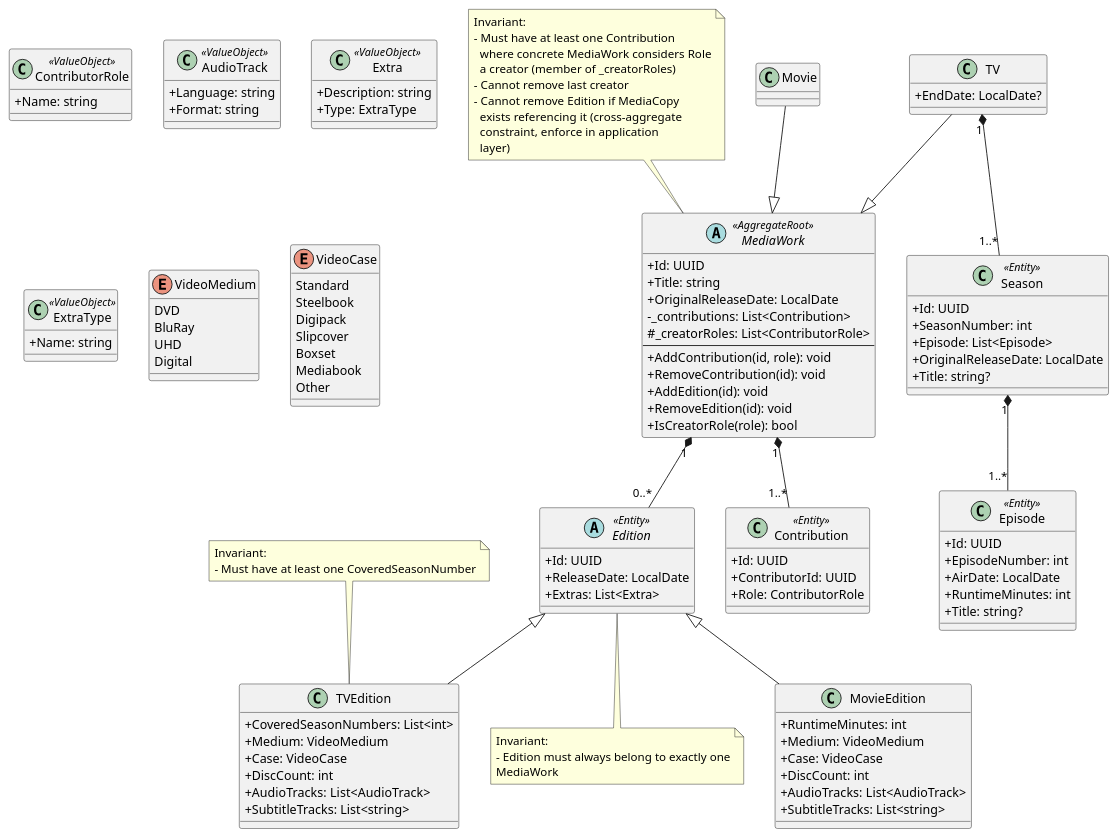
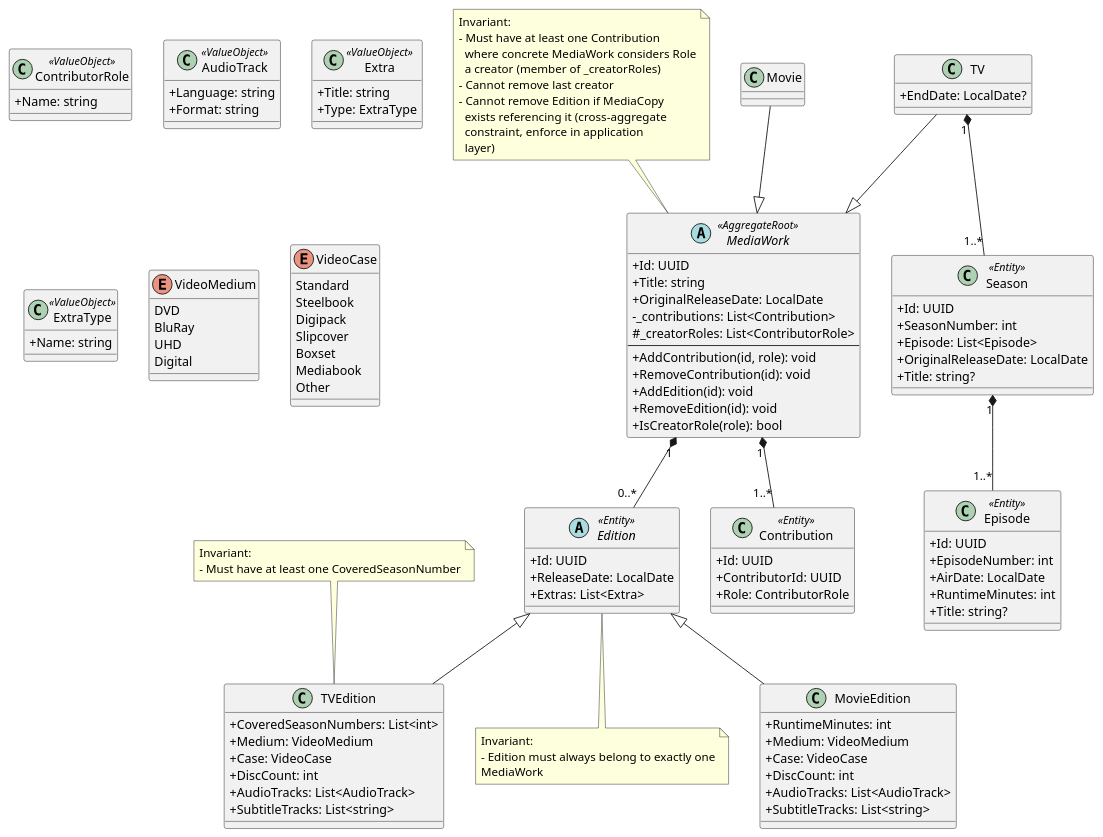
One commit to yantue/colleq changed the diagram in docs/uml/domain/domain-media-work.puml. Above: the diagram before and after it, drawn with PlantUML. The commit also changed 2 other files, not shown here.

```diff
--- a/docs/uml/domain/domain-media-work.puml
+++ b/docs/uml/domain/domain-media-work.puml
@@ -1,147 +1,147 @@
 @startuml
 skinparam classAttributeIconSize 0
 
 ' ===== CORE =====
 abstract class MediaWork <<AggregateRoot>> {
     +Id: UUID
     +Title: string
     +OriginalReleaseDate: LocalDate
     -_contributions: List<Contribution>
     #_creatorRoles: List<ContributorRole>
     --
     +AddContribution(id, role): void
     +RemoveContribution(id): void
     +AddEdition(id): void
     +RemoveEdition(id): void
     +IsCreatorRole(role): bool
 }
 
 note top of MediaWork
 Invariant:
 - Must have at least one Contribution
   where concrete MediaWork considers Role
   a creator (member of _creatorRoles)
 - Cannot remove last creator
 - Cannot remove Edition if MediaCopy
   exists referencing it (cross-aggregate
   constraint, enforce in application
   layer)
 end note
 
 abstract class Edition <<Entity>> {
     +Id: UUID
     +ReleaseDate: LocalDate
     +Extras: List<Extra>
 }
 
 note bottom of Edition
 Invariant:
 - Edition must always belong to exactly one
 MediaWork
 end note
 
 MediaWork "1" *-- "0..*" Edition
 
 class Contribution <<Entity>> {
     +Id: UUID
     +ContributorId: UUID
     +Role: ContributorRole
 }
 
 class ContributorRole <<ValueObject>> {
     +Name: string
 }
 
 MediaWork "1" *-- "1..*" Contribution
 
 ' ===== MOVIE =====
 class Movie
 
 Movie --|> MediaWork
 
 class MovieEdition {
     +RuntimeMinutes: int
     +Medium: VideoMedium
     +Case: VideoCase
     +DiscCount: int
     +AudioTracks: List<AudioTrack>
     +SubtitleTracks: List<string>
 }
 
 Edition <|-- MovieEdition
 
 ' ===== TV =====
 class TV {
     +EndDate: LocalDate?
 }
 
 TV --|> MediaWork
 
 class TVEdition {
     +CoveredSeasonNumbers: List<int>
     +Medium: VideoMedium
     +Case: VideoCase
     +DiscCount: int
     +AudioTracks: List<AudioTrack>
     +SubtitleTracks: List<string>
 }
 
 Edition <|-- TVEdition
 
 note top of TVEdition
 Invariant:
 - Must have at least one CoveredSeasonNumber
 end note
 
 class Season <<Entity>> {
     +Id: UUID
     +SeasonNumber: int
     +Episode: List<Episode>
     +OriginalReleaseDate: LocalDate
     +Title: string?
 }
 
 class Episode <<Entity>> {
     +Id: UUID
     +EpisodeNumber: int
     +AirDate: LocalDate
     +RuntimeMinutes: int
     +Title: string?
 }
 
 Season "1" *-- "1..*" Episode
 TV "1" *-- "1..*" Season
 
 ' ===== SHARED =====
 class AudioTrack <<ValueObject>> {
     +Language: string
     +Format: string
 }
 
 class Extra <<ValueObject>> {
-    +Description: string
+    +Title: string
     +Type: ExtraType
 }
 
 class ExtraType <<ValueObject>> {
     +Name: string
 }
 
 enum VideoMedium {
     DVD
     BluRay
     UHD
     Digital
 }
 
 enum VideoCase {
     Standard
     Steelbook
     Digipack
     Slipcover
     Boxset
     Mediabook
     Other
 }
 
 @enduml
```
